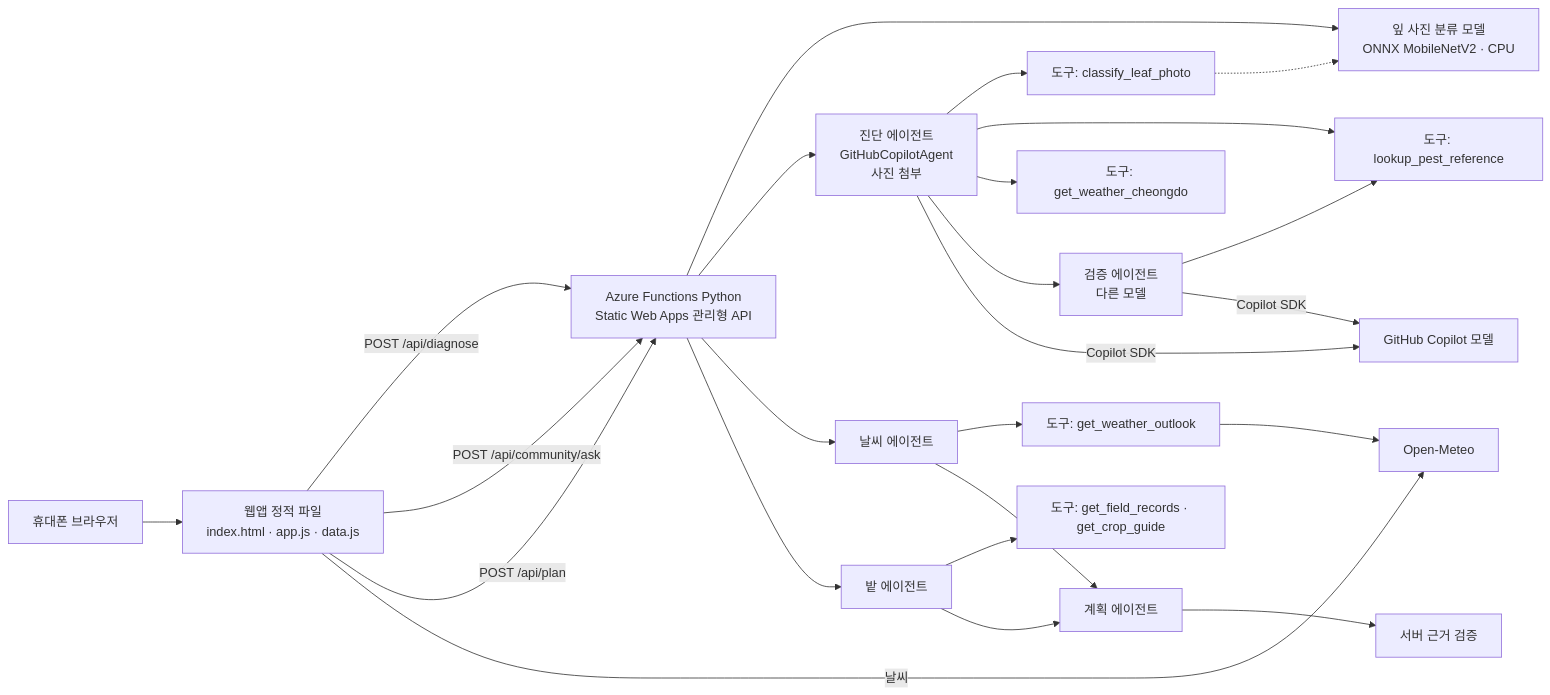
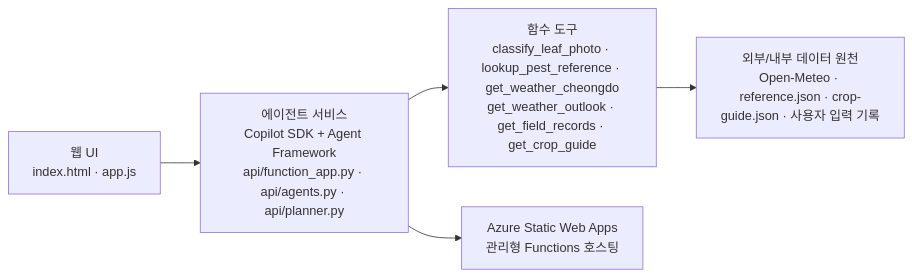
Before and after one commit to baeks0414/minari-white-kimch-test: the diagram in TRD.md, drawn with Mermaid. The commit also changed other lines of this file and 8 other files, not shown here.

````diff
--- a/TRD.md
+++ b/TRD.md
@@ -8,21 +6,7 @@
 ```mermaid
 flowchart LR
-  U[휴대폰 브라우저] --> W[웹앱 정적 파일<br>index.html · app.js · data.js]
-  W -->|POST /api/diagnose| F[Azure Functions Python<br>Static Web Apps 관리형 API]
-  W -->|POST /api/community/ask| F
-  W -->|POST /api/plan| F
-  W -->|날씨| OM[Open-Meteo]
-  F --> C[잎 사진 분류 모델<br>ONNX MobileNetV2 · CPU]
-  F --> D[진단 에이전트<br>GitHubCopilotAgent<br>사진 첨부]
-  D --> T0[도구: classify_leaf_photo]
-  T0 -.-> C
-  F --> P1[날씨 에이전트] & P2[밭 에이전트]
-  P1 --> T3[도구: get_weather_outlook] --> OM
-  P2 --> T4[도구: get_field_records · get_crop_guide]
-  P1 & P2 --> P3[계획 에이전트] --> V[서버 근거 검증]
-  D --> T1[도구: lookup_pest_reference]
-  D --> T2[도구: get_weather_cheongdo]
-  D --> J[검증 에이전트<br>다른 모델]
-  J --> T1
-  D & J -->|Copilot SDK| M[GitHub Copilot 모델]
+  UI[웹 UI<br/>index.html · app.js] --> API[에이전트 서비스<br/>Copilot SDK + Agent Framework<br/>api/function_app.py · api/agents.py · api/planner.py]
+  API --> TOOLS[함수 도구<br/>classify_leaf_photo · lookup_pest_reference · get_weather_cheongdo<br/>get_weather_outlook · get_field_records · get_crop_guide]
+  TOOLS --> EXT[외부/내부 데이터 원천<br/>Open-Meteo · reference.json · crop-guide.json · 사용자 입력 기록]
+  API --> AZ[Azure Static Web Apps<br/>관리형 Functions 호스팅]
 ```
````
